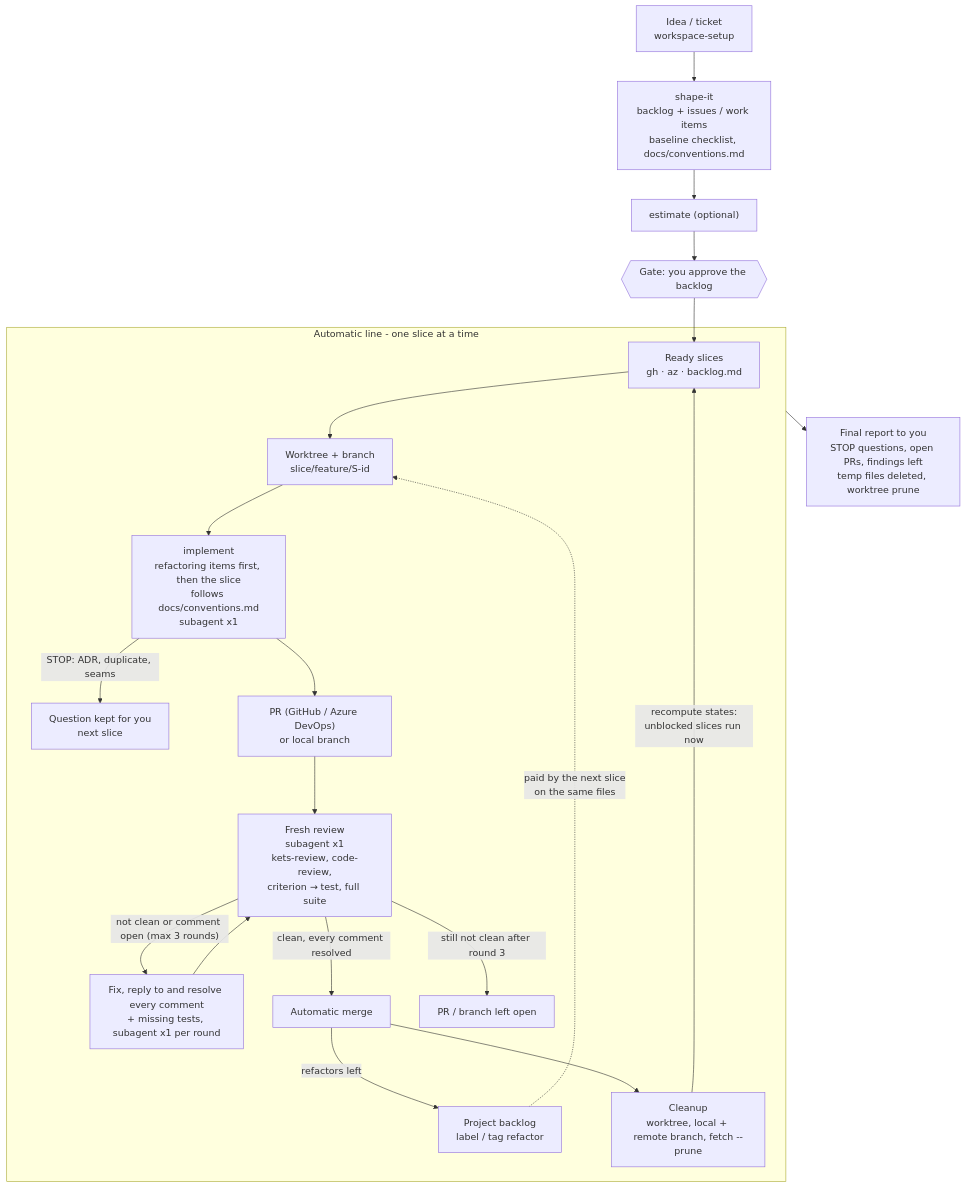
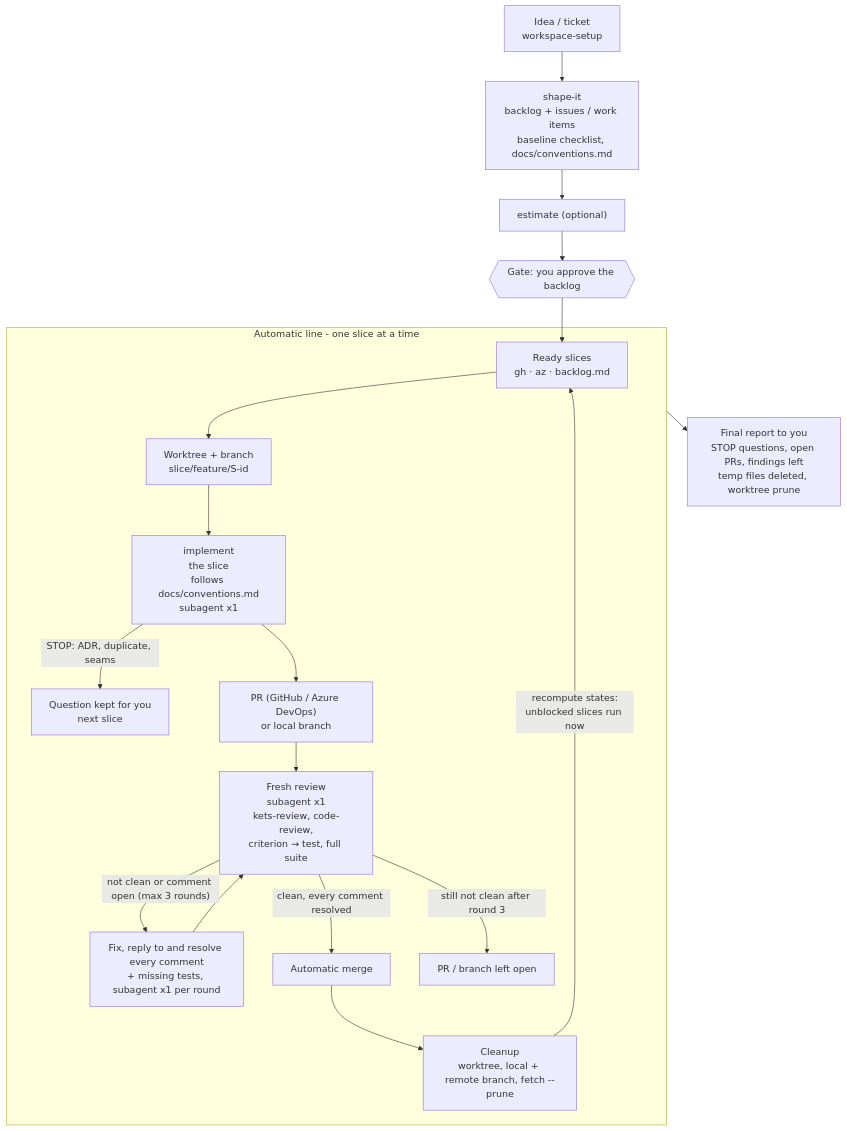
Before and after one commit to mikeleg/skills: the diagram in docs/factory-flow.md, drawn with Mermaid. The commit also changed other lines of this file and 8 other files, not shown here.

First line of the commit message:
Drop refactoring items from the factory line

````diff
--- a/docs/factory-flow.md
+++ b/docs/factory-flow.md
@@ -5,25 +5,23 @@
 ```mermaid
 flowchart TD
     idea["Idea / ticket<br/>workspace-setup"] --> shape["shape-it<br/>backlog + issues / work items<br/>baseline checklist, docs/conventions.md"]
     shape --> est["estimate (optional)"]
     est --> gate{{"Gate: you approve the backlog"}}
 
     subgraph line ["Automatic line - one slice at a time"]
         ready["Ready slices<br/>gh · az · backlog.md"] --> wt["Worktree + branch<br/>slice/feature/S-id"]
-        wt --> impl["implement<br/>refactoring items first, then the slice<br/>follows docs/conventions.md<br/>subagent x1"]
+        wt --> impl["implement<br/>the slice<br/>follows docs/conventions.md<br/>subagent x1"]
         impl -- "STOP: ADR, duplicate, seams" --> stop["Question kept for you<br/>next slice"]
         impl --> pr["PR (GitHub / Azure DevOps)<br/>or local branch"]
         pr --> review["Fresh review<br/>subagent x1<br/>kets-review, code-review,<br/>criterion → test, full suite"]
         review -- "not clean or comment open (max 3 rounds)" --> fix["Fix, reply to and resolve every comment<br/>+ missing tests, subagent x1 per round"]
         fix --> review
         review -- "clean, every comment resolved" --> merge["Automatic merge"]
-        merge -- "refactors left" --> refac["Project backlog<br/>label / tag refactor"]
-        refac -. "paid by the next slice<br/>on the same files" .-> wt
         review -- "still not clean after round 3" --> open["PR / branch left open"]
         merge --> clean["Cleanup<br/>worktree, local + remote branch, fetch --prune"]
         clean -- "recompute states:<br/>unblocked slices run now" --> ready
     end
 
     gate --> ready
     line --> report["Final report to you<br/>STOP questions, open PRs, findings left<br/>temp files deleted, worktree prune"]
 ```
````
